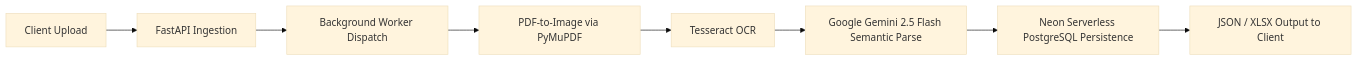
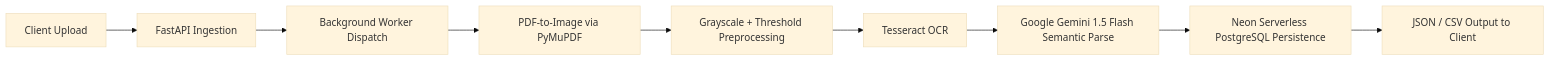
One commit to VRCHAMPION/gst_invoice_scanner changed the first of 4 diagrams in ARCHITECTURE.md. Above: the diagram before and after it, drawn with Mermaid (base theme). The commit also changed other lines of this file and 39 other files, not shown here.

````diff
--- a/ARCHITECTURE.md
+++ b/ARCHITECTURE.md
@@ -24,10 +24,11 @@
 ```mermaid
 flowchart LR
     A[Client Upload] --> B[FastAPI Ingestion]
     B --> C[Background Worker Dispatch]
     C --> D[PDF-to-Image via PyMuPDF]
-    D --> E[Tesseract OCR]
-    E --> F[Google Gemini 2.5 Flash Semantic Parse]
-    F --> G[Neon Serverless PostgreSQL Persistence]
-    G --> H[JSON / XLSX Output to Client]
+    D --> E[Grayscale + Threshold Preprocessing]
+    E --> F[Tesseract OCR]
+    F --> G[Google Gemini 1.5 Flash Semantic Parse]
+    G --> H[Neon Serverless PostgreSQL Persistence]
+    H --> I[JSON / CSV Output to Client]
 ```
````
